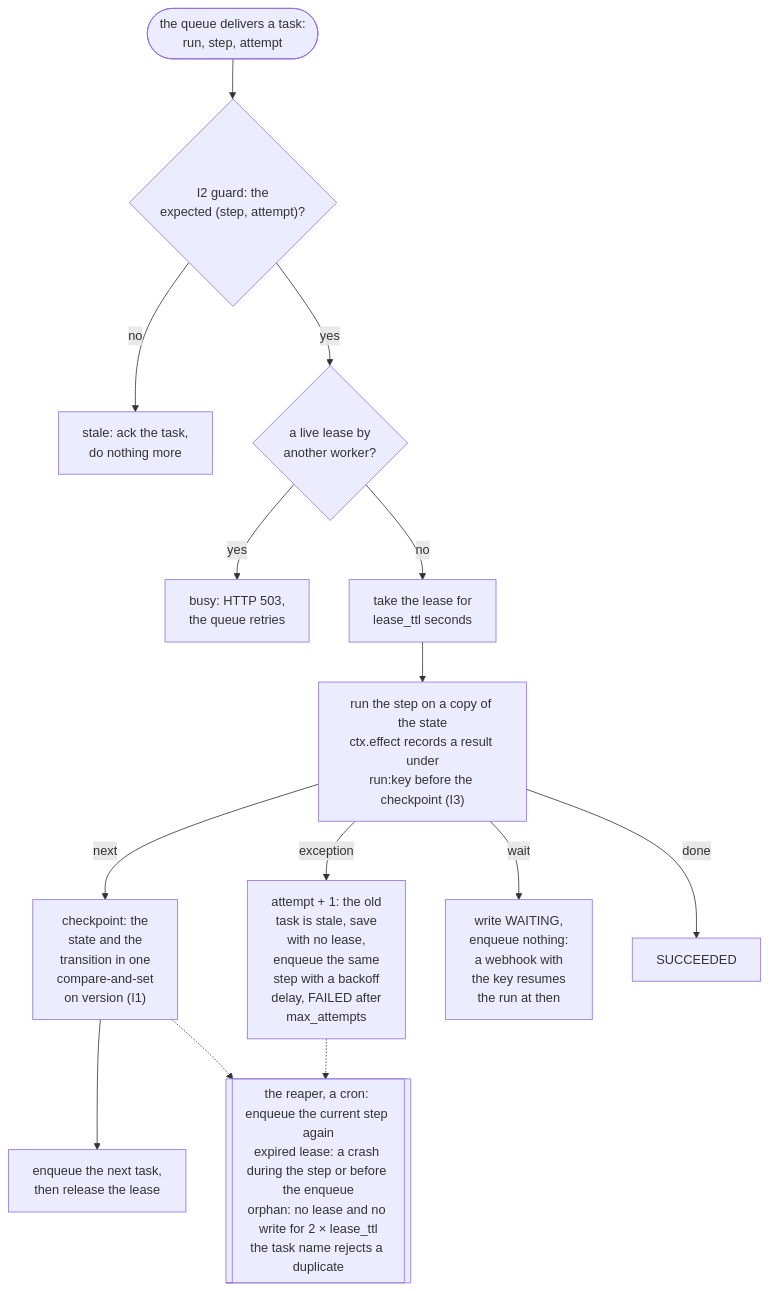
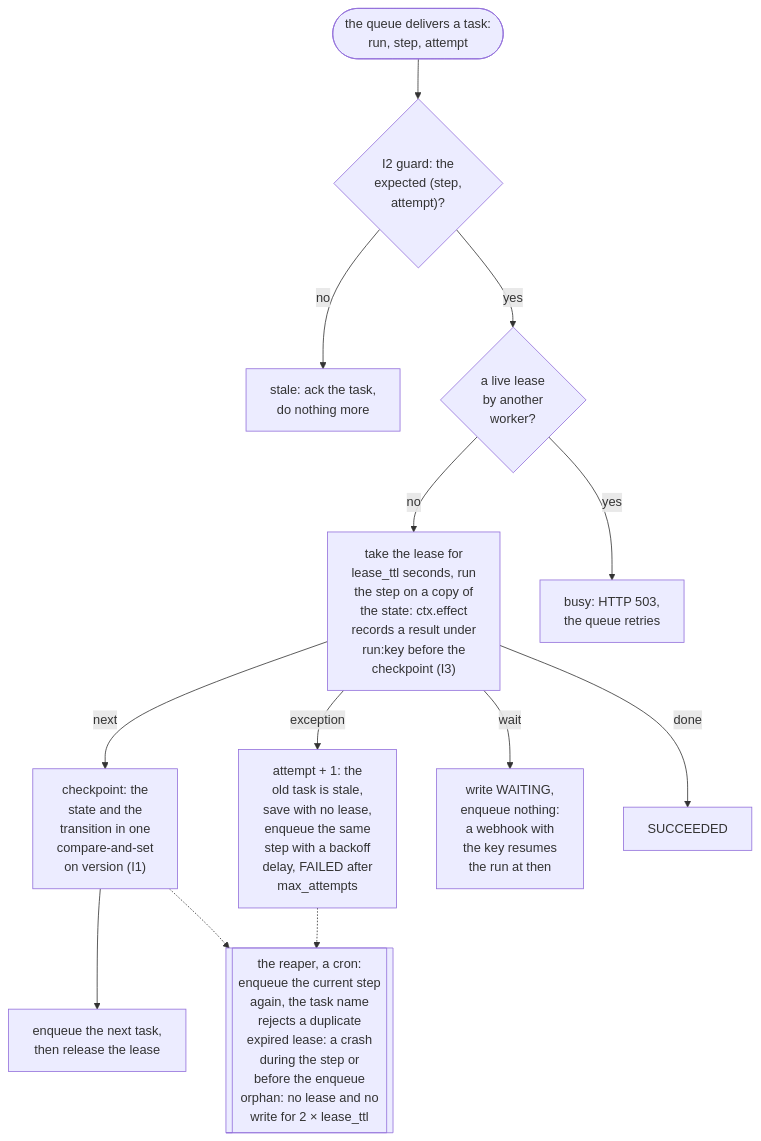
Before and after one commit to aniryou/full-stack-agentic-engineer: the diagram in 07-application-agent-framework/long-running-durable/lra-core/PRIMER.md, drawn with Mermaid. The commit also changed other lines of this file and 29 other files, not shown here.

````diff
--- a/07-application-agent-framework/long-running-durable/lra-core/PRIMER.md
+++ b/07-application-agent-framework/long-running-durable/lra-core/PRIMER.md
@@ -17,17 +17,16 @@
 ```mermaid
 flowchart TB
-  T([the queue delivers a task:<br/>run, step, attempt]) --> G{"I2 guard: the<br/>expected (step, attempt)?"}
+  T(["the queue delivers a task:<br/>run, step, attempt"]) --> G{"I2 guard: the<br/>expected (step,<br/>attempt)?"}
   G -- no --> S["stale: ack the task,<br/>do nothing more"]
-  G -- yes --> L{"a live lease by<br/>another worker?"}
+  G -- yes --> L{"a live lease<br/>by another<br/>worker?"}
+  L -- no --> ST["take the lease for<br/>lease_ttl seconds, run<br/>the step on a copy of<br/>the state: ctx.effect<br/>records a result under<br/>run:key before the<br/>checkpoint (I3)"]
   L -- yes --> B["busy: HTTP 503,<br/>the queue retries"]
-  L -- no --> TL["take the lease for<br/>lease_ttl seconds"]
-  TL --> ST["run the step on a copy of the state<br/>ctx.effect records a result under<br/>run:key before the checkpoint (I3)"]
   ST -- next --> C["checkpoint: the<br/>state and the<br/>transition in one<br/>compare-and-set<br/>on version (I1)"]
-  ST -- exception --> R["attempt + 1: the old<br/>task is stale, save<br/>with no lease,<br/>enqueue the same<br/>step with a backoff<br/>delay, FAILED after<br/>max_attempts"]
+  ST -- exception --> R["attempt + 1: the<br/>old task is stale,<br/>save with no lease,<br/>enqueue the same<br/>step with a backoff<br/>delay, FAILED after<br/>max_attempts"]
   ST -- wait --> W["write WAITING,<br/>enqueue nothing:<br/>a webhook with<br/>the key resumes<br/>the run at then"]
   ST -- done --> D["SUCCEEDED"]
   C --> E["enqueue the next task,<br/>then release the lease"]
   C -.-> RP
   R -.-> RP
-  RP[["the reaper, a cron: enqueue the current step again<br/>expired lease: a crash during the step or before the enqueue<br/>orphan: no lease and no write for 2 × lease_ttl<br/>the task name rejects a duplicate"]]
+  RP[["the reaper, a cron:<br/>enqueue the current step<br/>again, the task name<br/>rejects a duplicate<br/>expired lease: a crash<br/>during the step or<br/>before the enqueue<br/>orphan: no lease and no<br/>write for 2 × lease_ttl"]]
 ```
````
